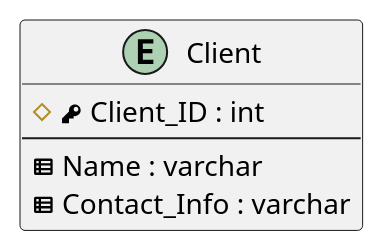
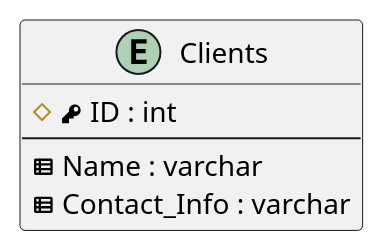
The diagram in Labs/Lab1/Tables/Entities/Client.puml (DmitryVasilkovW/ITMO-Database-design-labs-4-sem), drawn with PlantUML before and after one commit. The commit also changed 13 other files, not shown here.

```diff
--- a/Labs/Lab1/Tables/Entities/Client.puml
+++ b/Labs/Lab1/Tables/Entities/Client.puml
@@ -1,9 +1,9 @@
 @startuml
-entity "Client" as client
+entity "Clients" as client
 {
-  #<&key> Client_ID : int
+  #<&key> ID : int
   --
   <&spreadsheet> Name : varchar
   <&spreadsheet> Contact_Info : varchar
 }
 @enduml
```
